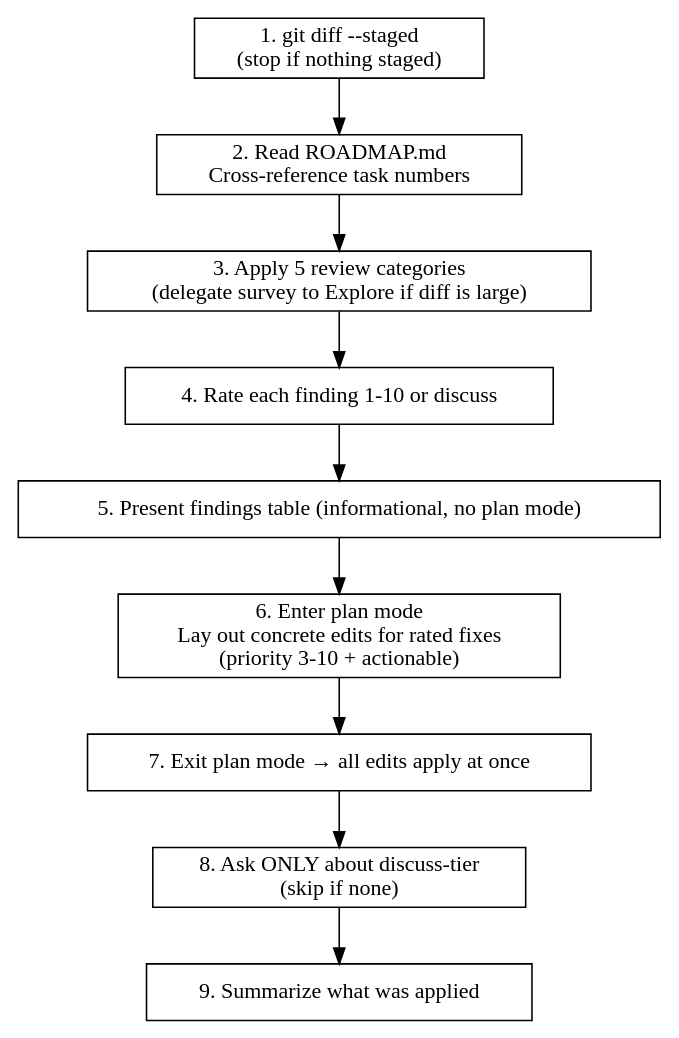
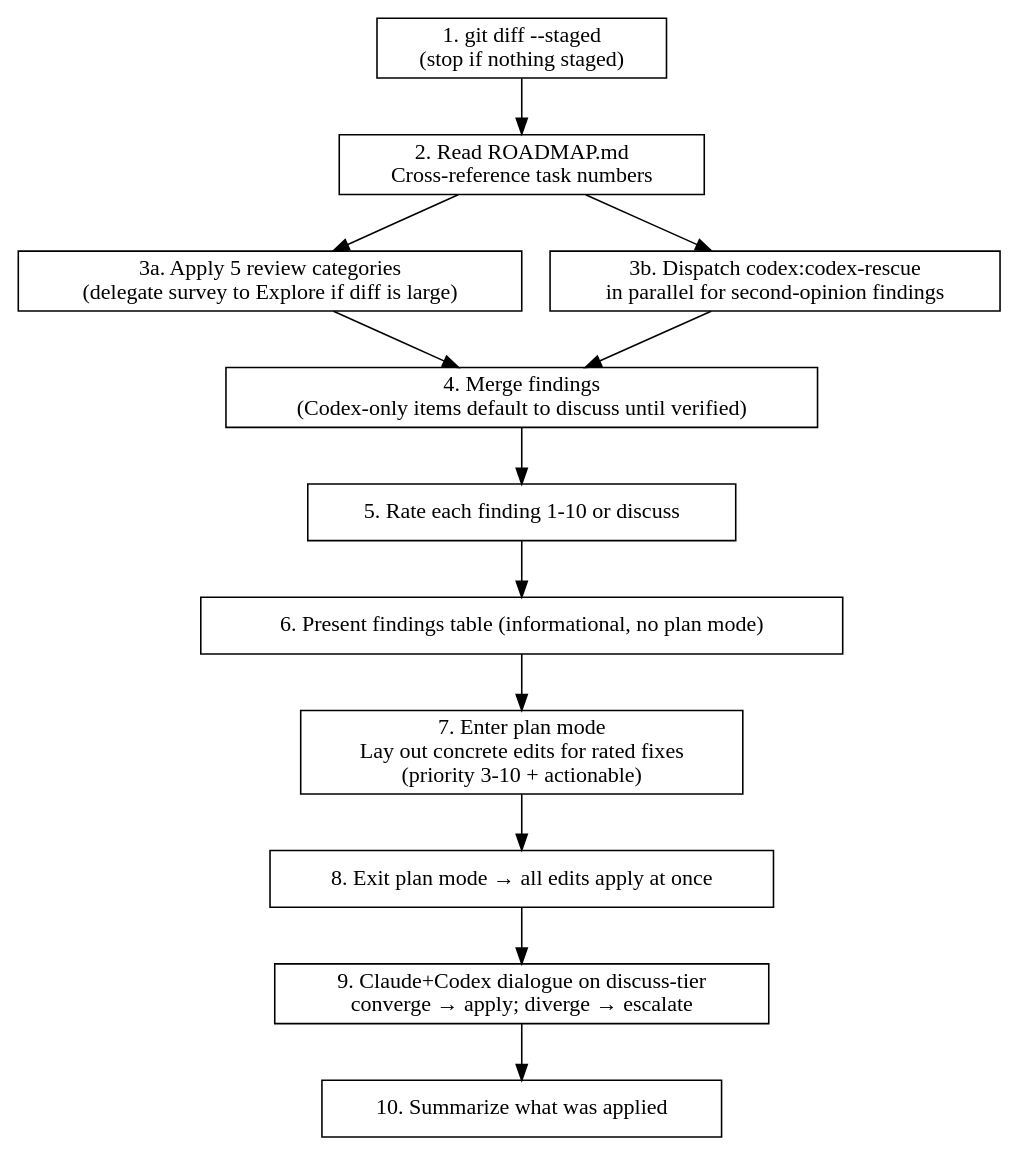
The diagram in plugins/staged-review/skills/code-review/SKILL.md (ZenHive/claude-marketplace-elixir), drawn with Graphviz before and after one commit. The commit also changed other lines of this file and 2 other files, not shown here.

First line of the commit message:
Make Codex second-opinion mandatory in staged-review

````diff
--- a/plugins/staged-review/skills/code-review/SKILL.md
+++ b/plugins/staged-review/skills/code-review/SKILL.md
@@ -31,18 +31,22 @@
 ```dot
 digraph code_review {
   rankdir=TB;
   node [shape=box];
 
   staged   [label="1. git diff --staged\n(stop if nothing staged)"];
   roadmap  [label="2. Read ROADMAP.md\nCross-reference task numbers"];
-  review   [label="3. Apply 5 review categories\n(delegate survey to Explore if diff is large)"];
-  rate     [label="4. Rate each finding 1-10 or discuss"];
-  present  [label="5. Present findings table (informational, no plan mode)"];
-  planfix  [label="6. Enter plan mode\nLay out concrete edits for rated fixes\n(priority 3-10 + actionable)"];
-  apply    [label="7. Exit plan mode → all edits apply at once"];
-  discuss  [label="8. Ask ONLY about discuss-tier\n(skip if none)"];
-  summary  [label="9. Summarize what was applied"];
+  review   [label="3a. Apply 5 review categories\n(delegate survey to Explore if diff is large)"];
+  codex    [label="3b. Dispatch codex:codex-rescue\nin parallel for second-opinion findings"];
+  merge    [label="4. Merge findings\n(Codex-only items default to discuss until verified)"];
+  rate     [label="5. Rate each finding 1-10 or discuss"];
+  present  [label="6. Present findings table (informational, no plan mode)"];
+  planfix  [label="7. Enter plan mode\nLay out concrete edits for rated fixes\n(priority 3-10 + actionable)"];
+  apply    [label="8. Exit plan mode → all edits apply at once"];
+  dialogue [label="9. Claude+Codex dialogue on discuss-tier\nconverge → apply; diverge → escalate"];
+  summary  [label="10. Summarize what was applied"];
 
-  staged -> roadmap -> review -> rate -> present -> planfix -> apply -> discuss -> summary;
+  staged -> roadmap -> review -> merge;
+  roadmap -> codex -> merge;
+  merge -> rate -> present -> planfix -> apply -> dialogue -> summary;
 }
 ```
````
